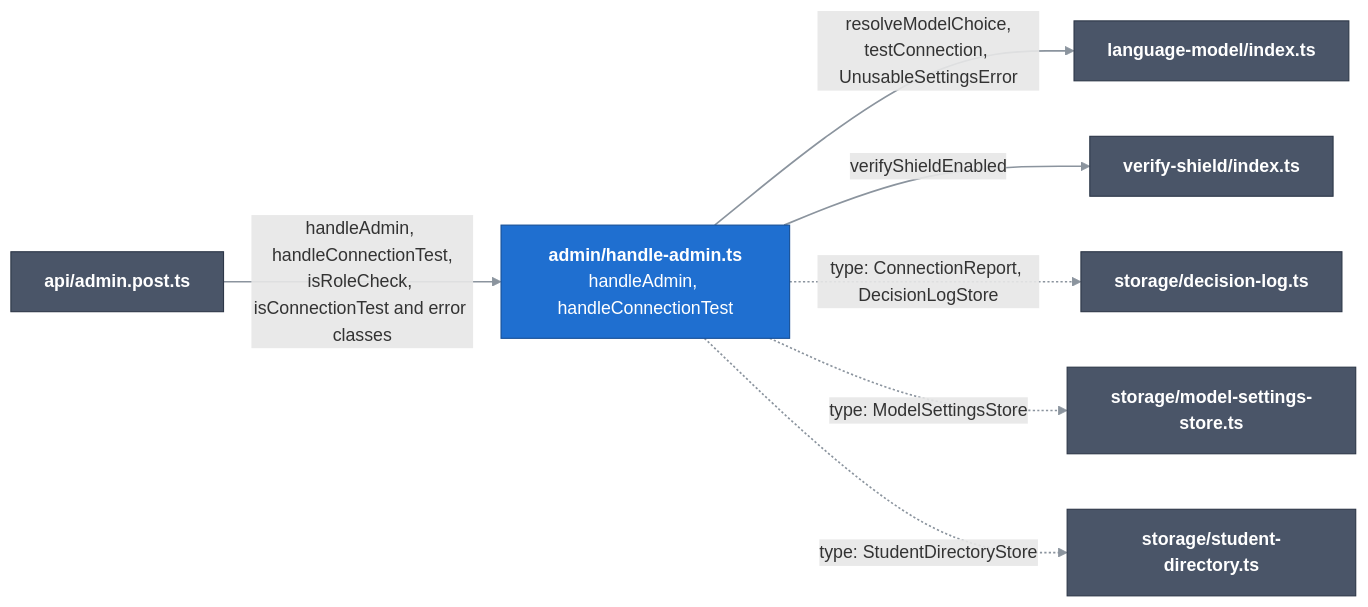
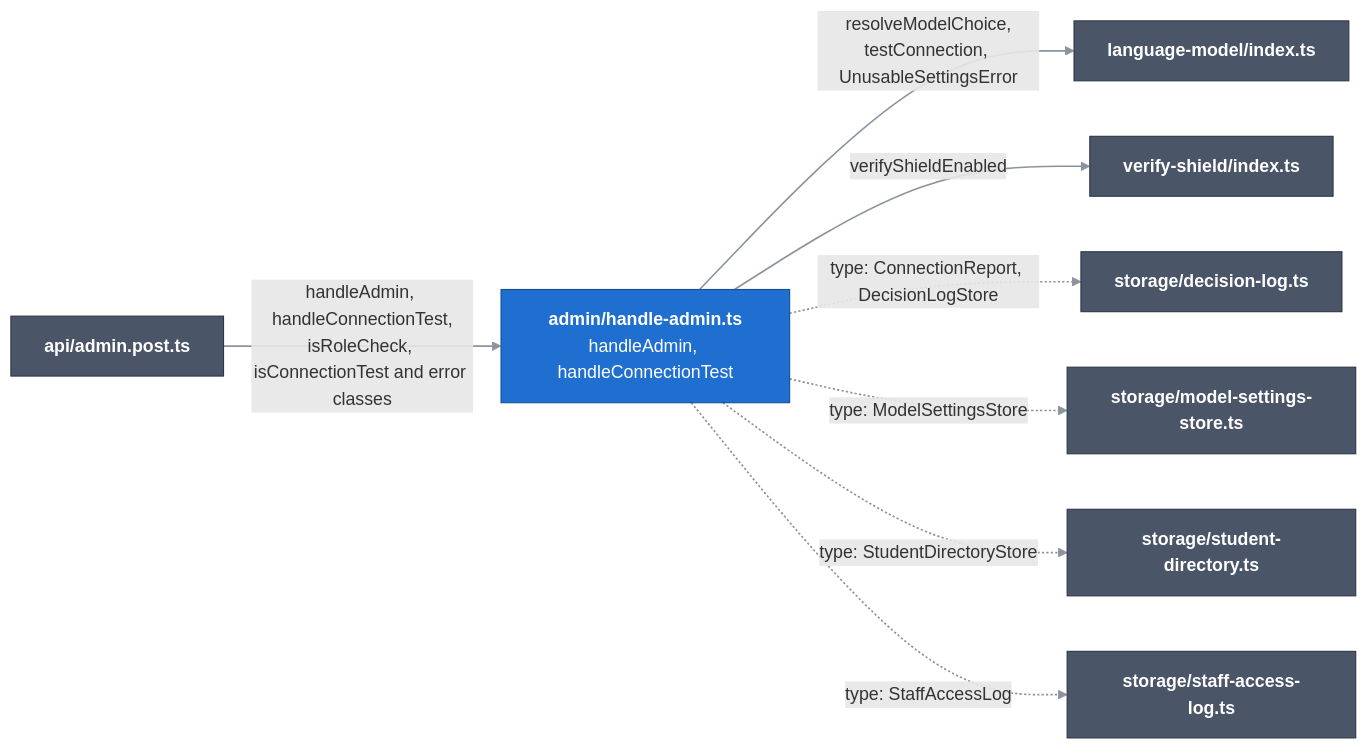
Before and after one commit to Bill2926/COS40005_HN9_Verifiable_Co-Learner_Agent: the diagram in docs/c4/03-components/server/09-admin.md, drawn with Mermaid. The commit also changed other lines of this file and 29 other files, not shown here.

````diff
--- a/docs/c4/03-components/server/09-admin.md
+++ b/docs/c4/03-components/server/09-admin.md
@@ -11,21 +11,23 @@
 ```mermaid
 flowchart LR
   classDef comp fill:#1f6fd0,stroke:#164f96,color:#ffffff
   classDef near fill:#4a5568,stroke:#2d3748,color:#ffffff
   linkStyle default stroke:#8b949e,stroke-width:1.5px
 
   route["<b>api/admin.post.ts</b>"]:::near
   handle["<b>admin/handle-admin.ts</b><br/>handleAdmin, handleConnectionTest"]:::comp
   choice["<b>language-model/index.ts</b>"]:::near
   shield["<b>verify-shield/index.ts</b>"]:::near
   decisionLog["<b>storage/decision-log.ts</b>"]:::near
   settings["<b>storage/model-settings-store.ts</b>"]:::near
   directory["<b>storage/student-directory.ts</b>"]:::near
+  accessLog["<b>storage/staff-access-log.ts</b>"]:::near
 
   route -->|"handleAdmin, handleConnectionTest,<br/>isRoleCheck, isConnectionTest and error classes"| handle
   handle -->|"resolveModelChoice,<br/>testConnection, UnusableSettingsError"| choice
   handle -->|"verifyShieldEnabled"| shield
   handle -.->|"type: ConnectionReport, DecisionLogStore"| decisionLog
   handle -.->|"type: ModelSettingsStore"| settings
   handle -.->|"type: StudentDirectoryStore"| directory
+  handle -.->|"type: StaffAccessLog"| accessLog
 ```
````
